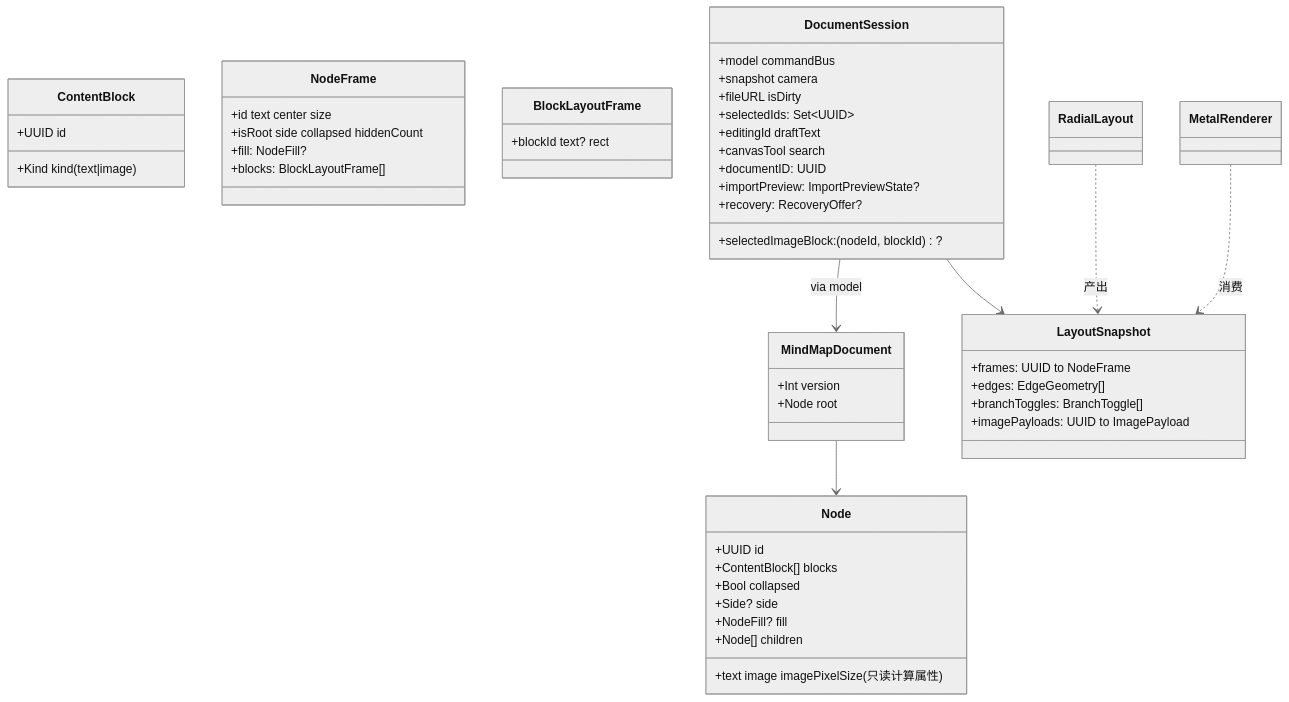
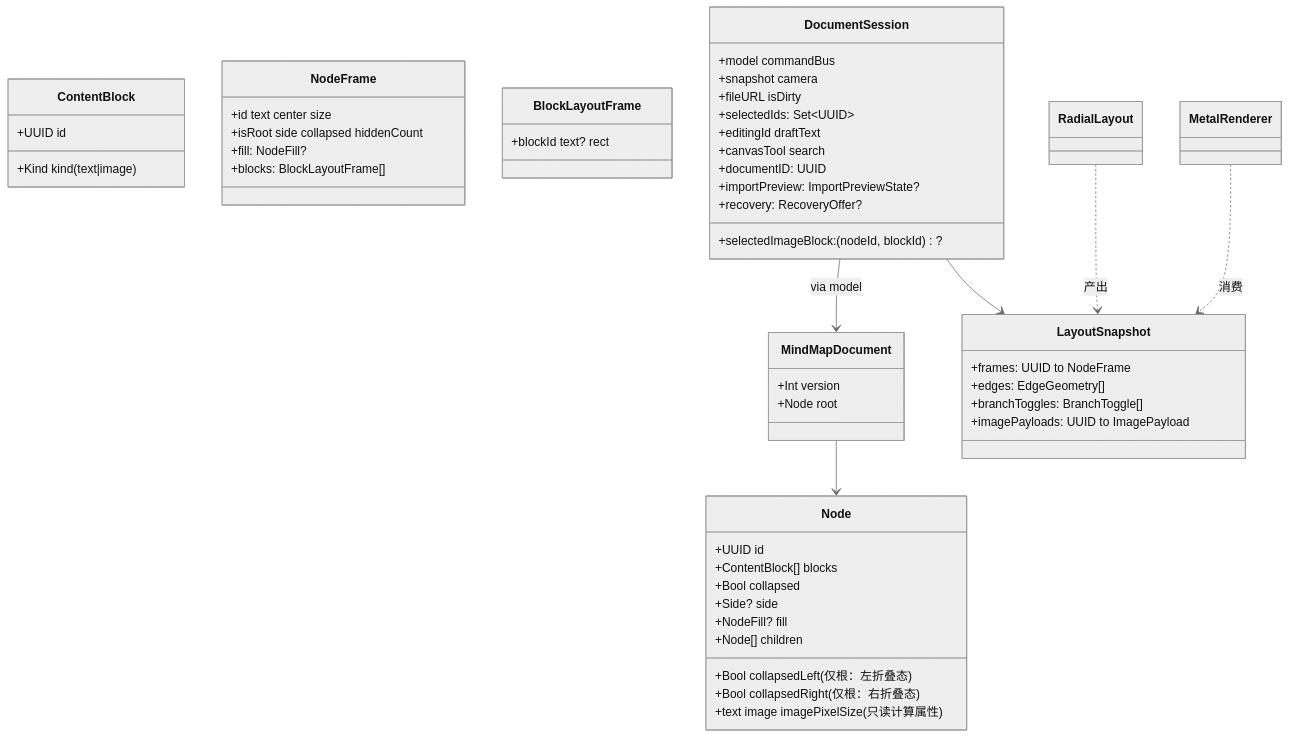
One commit to LieonShelly/Linva changed the fourth of 6 diagrams in docs/架构现状.md. Above: the diagram before and after it, drawn with Mermaid (neutral theme). The commit also changed other lines of this file and 54 other files, not shown here.

````diff
--- a/docs/架构现状.md
+++ b/docs/架构现状.md
@@ -227,52 +227,54 @@
 ```mermaid
 classDiagram
   class MindMapDocument {
     +Int version
     +Node root
   }
   class Node {
     +UUID id
     +ContentBlock[] blocks
     +Bool collapsed
+    +Bool collapsedLeft (仅根：左折叠态)
+    +Bool collapsedRight (仅根：右折叠态)
     +Side? side
     +NodeFill? fill
     +Node[] children
     +text image imagePixelSize (只读计算属性)
   }
   class ContentBlock {
     +UUID id
     +Kind kind (text|image)
   }
   class LayoutSnapshot {
     +frames: UUID to NodeFrame
     +edges: EdgeGeometry[]
     +branchToggles: BranchToggle[]
     +imagePayloads: UUID to ImagePayload
   }
   class NodeFrame {
     +id text center size
     +isRoot side collapsed hiddenCount
     +fill: NodeFill?
     +blocks: BlockLayoutFrame[]
   }
   class BlockLayoutFrame {
     +blockId text? rect
   }
   class DocumentSession {
     +model commandBus
     +snapshot camera
     +fileURL isDirty
     +selectedIds: Set~UUID~
     +editingId draftText
     +selectedImageBlock: (nodeId, blockId)?
     +canvasTool search
     +documentID: UUID
     +importPreview: ImportPreviewState?
     +recovery: RecoveryOffer?
   }
   MindMapDocument --> Node
   DocumentSession --> MindMapDocument : via model
   DocumentSession --> LayoutSnapshot
   RadialLayout ..> LayoutSnapshot : 产出
   MetalRenderer ..> LayoutSnapshot : 消费
 ```
````
